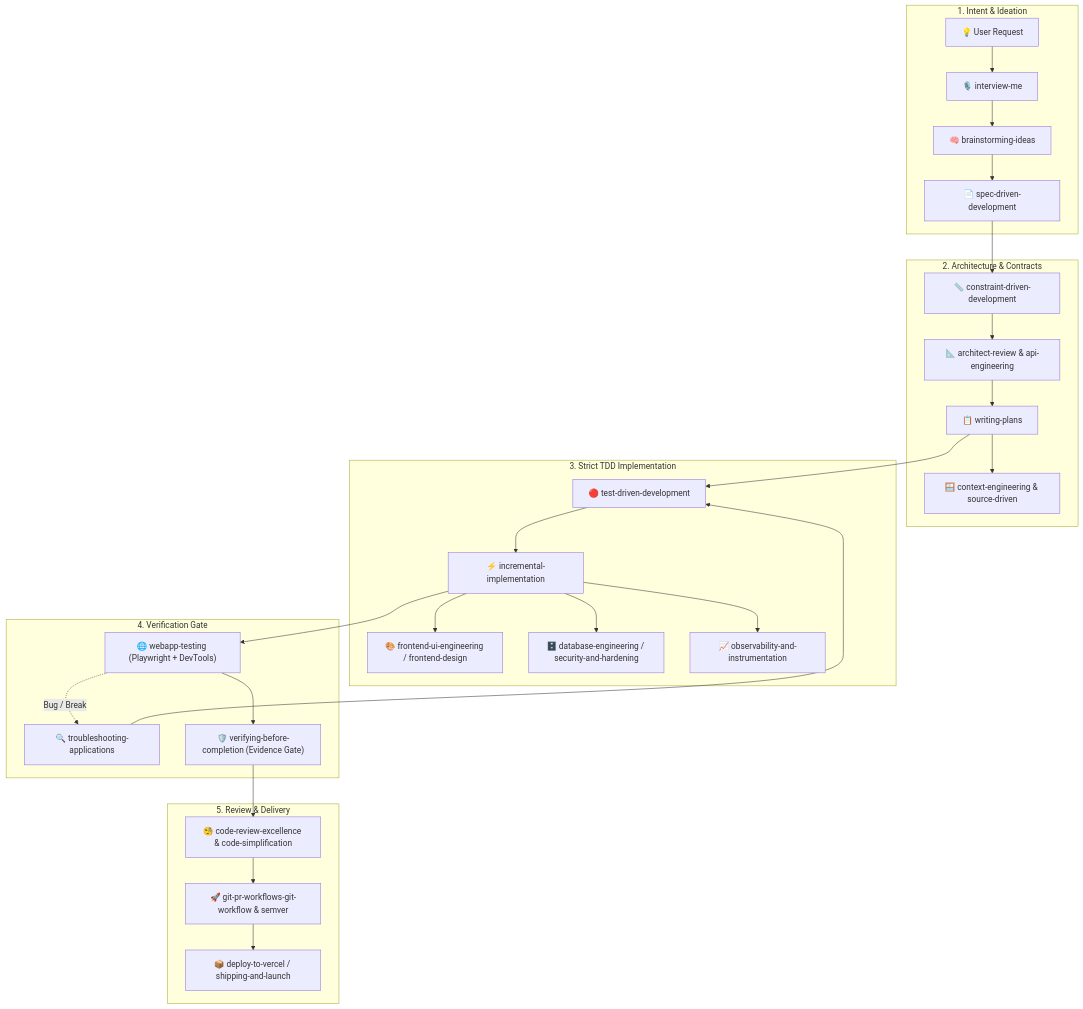
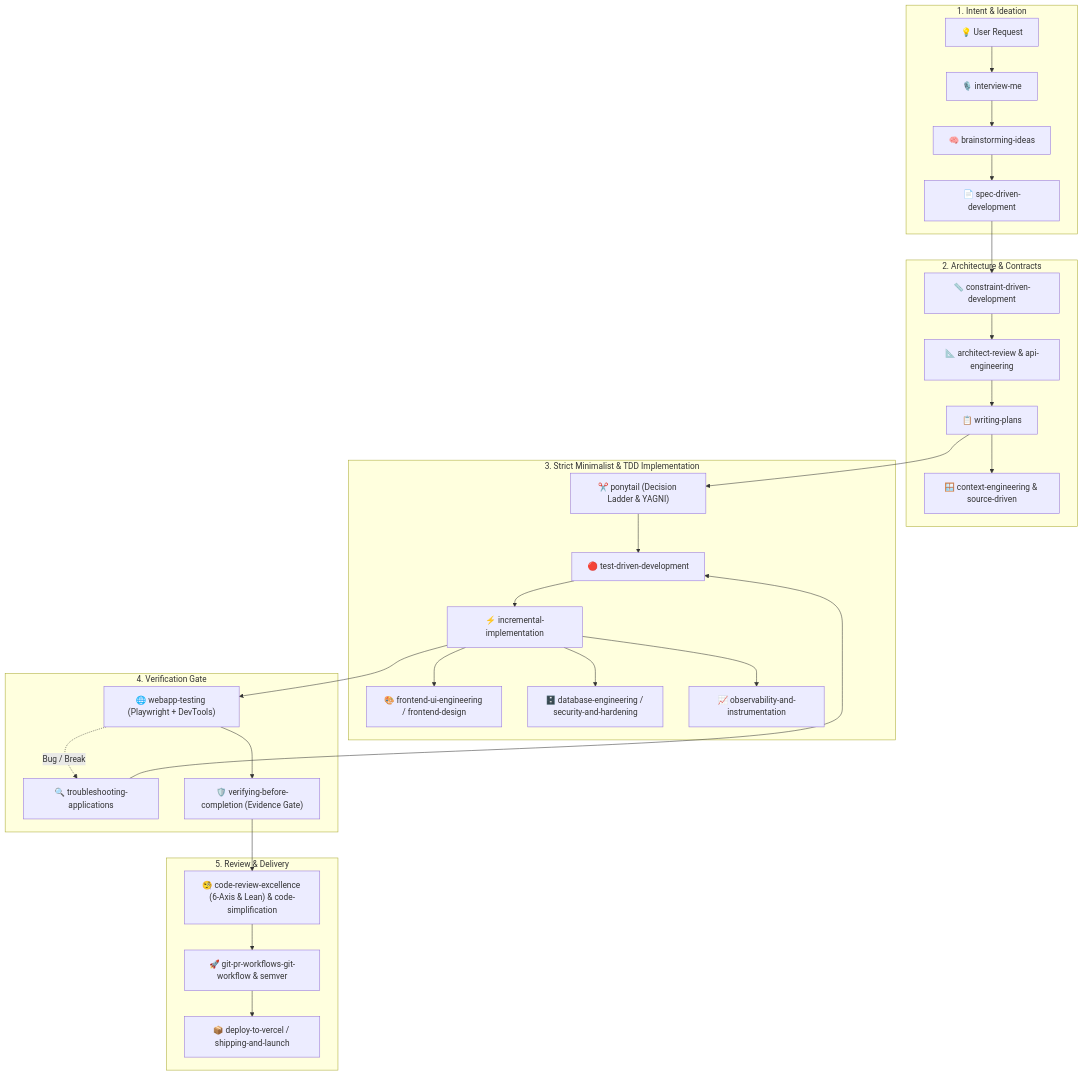
The diagram in README.md (asnayem1122/Skill_Master), drawn with Mermaid before and after one commit. The commit also changed other lines of this file and 5 other files, not shown here.

Commit message:
feat(ponytail): synthesize ponytail lazy senior dev skill and upgrade review/audit playbooks

````diff
--- a/README.md
+++ b/README.md
@@ -216,36 +218,37 @@
 ```mermaid
 flowchart TD
     subgraph Ideation ["1. Intent & Ideation"]
         Request["💡 User Request"] --> Interview["🎙️ interview-me"]
         Interview --> Brainstorm["🧠 brainstorming-ideas"]
         Brainstorm --> Spec["📄 spec-driven-development"]
     end
 
     subgraph Architecture ["2. Architecture & Contracts"]
         Spec --> Constraints["📏 constraint-driven-development"]
         Constraints --> ArchReview["📐 architect-review & api-engineering"]
         ArchReview --> Plan["📋 writing-plans"]
         Plan --> ContextEng["🪟 context-engineering & source-driven"]
     end
 
-    subgraph Implementation ["3. Strict TDD Implementation"]
-        Plan --> TDD["🔴 test-driven-development"]
+    subgraph Implementation ["3. Strict Minimalist & TDD Implementation"]
+        Plan --> Ponytail["✂️ ponytail (Decision Ladder & YAGNI)"]
+        Ponytail --> TDD["🔴 test-driven-development"]
         TDD --> Incr["⚡ incremental-implementation"]
         Incr --> FE["🎨 frontend-ui-engineering / frontend-design"]
         Incr --> BE["🗄️ database-engineering / security-and-hardening"]
         Incr --> Obs["📈 observability-and-instrumentation"]
     end
 
     subgraph Verification ["4. Verification Gate"]
         Incr --> WebTest["🌐 webapp-testing (Playwright + DevTools)"]
         WebTest -.->|"Bug / Break"| Debug["🔍 troubleshooting-applications"]
         Debug --> TDD
         WebTest --> EvidenceGate["🛡️ verifying-before-completion (Evidence Gate)"]
     end
 
     subgraph ReviewAndShip ["5. Review & Delivery"]
-        EvidenceGate --> Review["🧐 code-review-excellence & code-simplification"]
+        EvidenceGate --> Review["🧐 code-review-excellence (6-Axis & Lean) & code-simplification"]
         Review --> GitPR["🚀 git-pr-workflows-git-workflow & semver"]
         GitPR --> Deploy["📦 deploy-to-vercel / shipping-and-launch"]
     end
 ```
````
